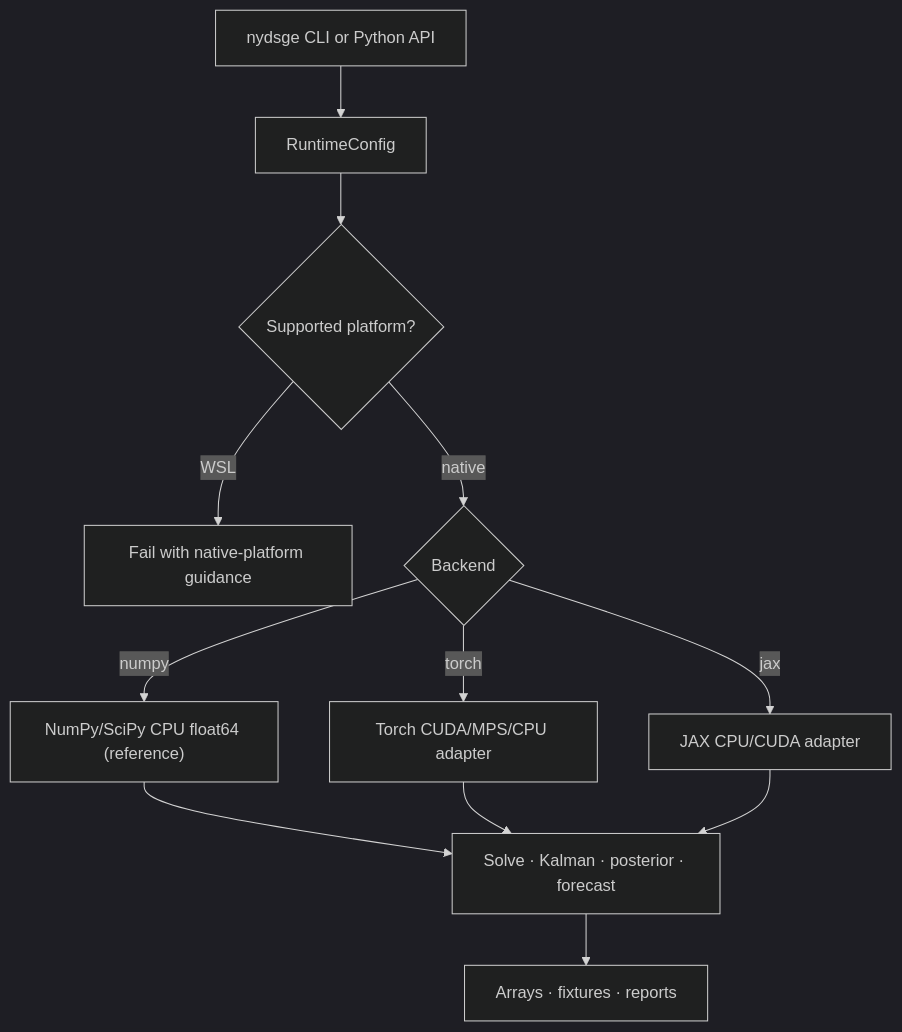
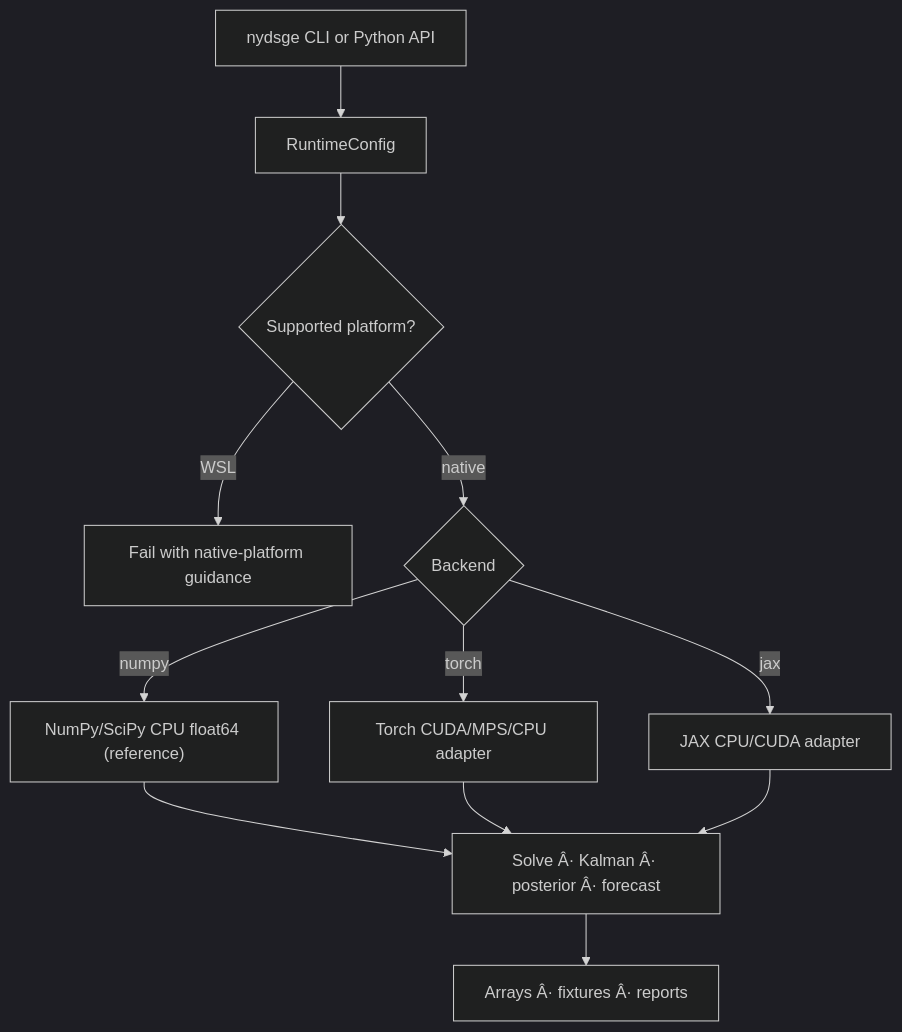
Before and after one commit to gustavorubim/nydsge-python: the second of 4 diagrams in README.md, drawn with Mermaid (dark theme). The commit also changed other lines of this file and 13 other files, not shown here.

````diff
--- a/README.md
+++ b/README.md
@@ -175,16 +175,16 @@
 ```mermaid
 flowchart TD
     CLI["nydsge CLI or Python API"] --> Runtime["RuntimeConfig"]
     Runtime --> Check{"Supported platform?"}
     Check -->|WSL| Reject["Fail with native-platform guidance"]
     Check -->|native| Backend{"Backend"}
 
     Backend -->|numpy| CPU["NumPy/SciPy CPU float64 (reference)"]
     Backend -->|torch| Torch["Torch CUDA/MPS/CPU adapter"]
     Backend -->|jax| JAX["JAX CPU/CUDA adapter"]
 
-    CPU --> Kernels["Solve · Kalman · posterior · forecast"]
+    CPU --> Kernels["Solve Â· Kalman Â· posterior Â· forecast"]
     Torch --> Kernels
     JAX --> Kernels
-    Kernels --> Outputs["Arrays · fixtures · reports"]
+    Kernels --> Outputs["Arrays Â· fixtures Â· reports"]
 ```
````
